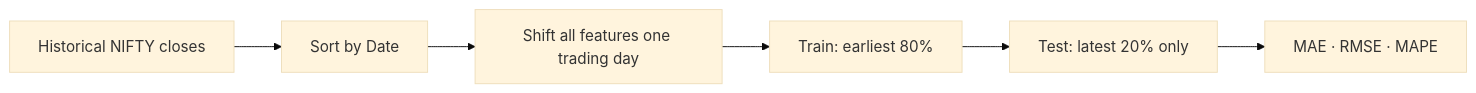
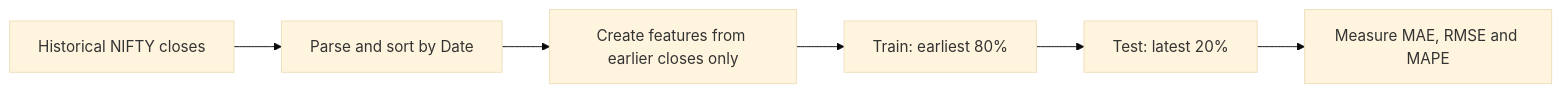
One commit to CHAITANYA-2002/machine-learning-projects changed the first of 4 diagrams in 10-nifty-price-analysis/README.md. Above: the diagram before and after it, drawn with Mermaid (base theme). The commit also changed other lines of this file and 109 other files, not shown here.

````diff
--- a/10-nifty-price-analysis/README.md
+++ b/10-nifty-price-analysis/README.md
@@ -26,8 +15,8 @@
 ```mermaid
 flowchart LR
-    A[Historical NIFTY closes] --> B[Sort by Date]
-    B --> C[Shift all features one trading day]
+    A[Historical NIFTY closes] --> B[Parse and sort by Date]
+    B --> C[Create features from earlier closes only]
     C --> D[Train: earliest 80%]
-    D --> E[Test: latest 20% only]
-    E --> F[MAE · RMSE · MAPE]
+    D --> E[Test: latest 20%]
+    E --> F[Measure MAE, RMSE and MAPE]
 ```
````
